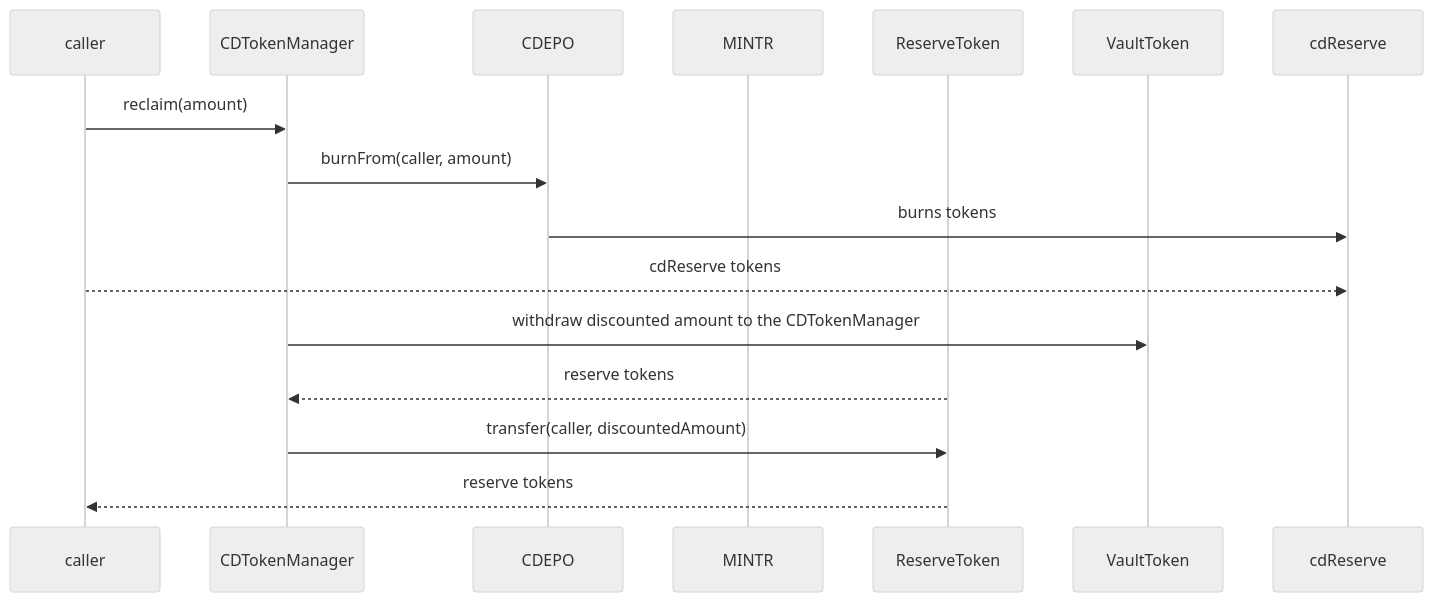
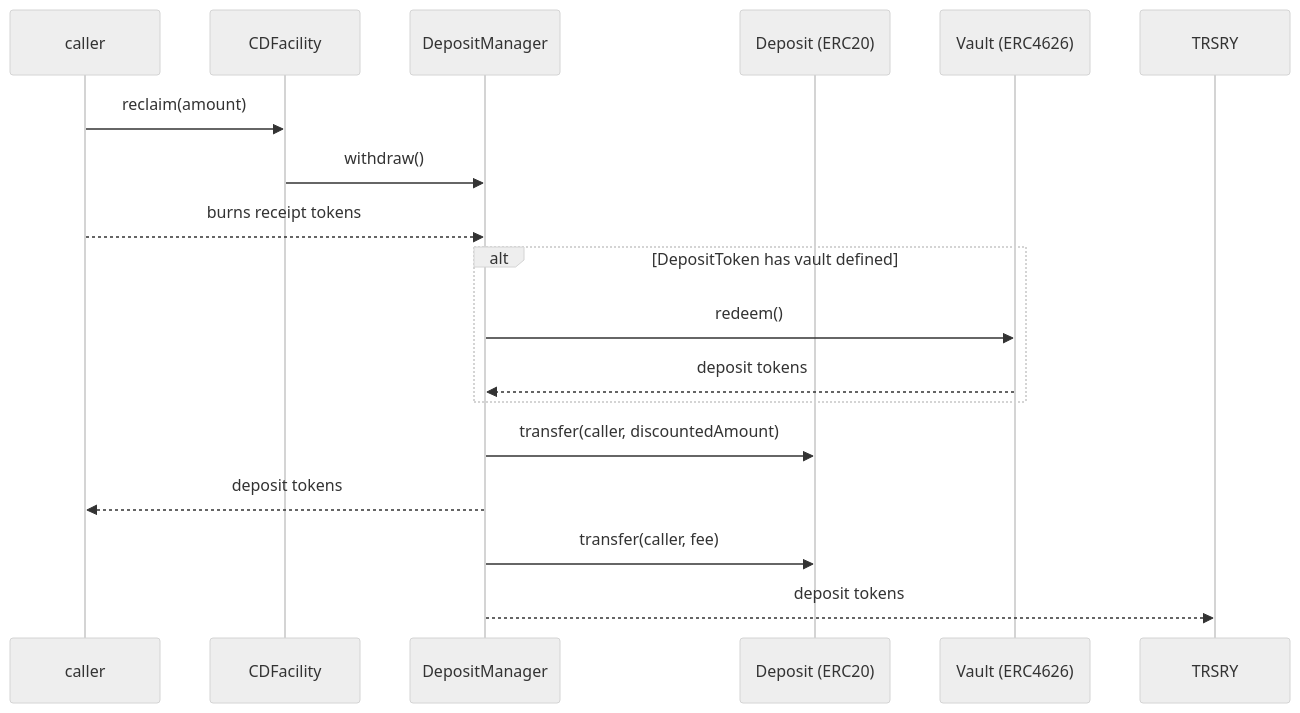
Before and after one commit to OlympusDAO/olympus-v3: the fifth of 7 diagrams in audit/2025-01_convertible-deposits/README.md, drawn with Mermaid (neutral theme). The commit also changed other lines of this file, not shown here.

````diff
--- a/audit/2025-01_convertible-deposits/README.md
+++ b/audit/2025-01_convertible-deposits/README.md
@@ -325,19 +321,20 @@
 ```mermaid
 sequenceDiagram
     participant caller
-    participant CDTokenManager
-    participant CDEPO
-    participant MINTR
-    participant ReserveToken
-    participant VaultToken
-    participant cdReserve
+    participant CDFacility
+    participant DepositManager
+    participant DepositToken as Deposit (ERC20)
+    participant VaultToken as Vault (ERC4626)
 
-    caller->>CDTokenManager: reclaim(amount)
-    CDTokenManager->>CDEPO: burnFrom(caller, amount)
-    CDEPO->>cdReserve: burns tokens
-    caller-->>cdReserve: cdReserve tokens
-    CDTokenManager->>VaultToken: withdraw discounted amount to the CDTokenManager
-    ReserveToken-->>CDTokenManager: reserve tokens
-    CDTokenManager->>ReserveToken: transfer(caller, discountedAmount)
-    ReserveToken-->>caller: reserve tokens
+    caller->>CDFacility: reclaim(amount)
+    CDFacility->>DepositManager: withdraw()
+    caller-->>DepositManager: burns receipt tokens
+    alt DepositToken has vault defined
+    DepositManager->>VaultToken: redeem()
+    VaultToken-->>DepositManager: deposit tokens
+    end
+    DepositManager->>DepositToken: transfer(caller, discountedAmount)
+    DepositManager-->>caller: deposit tokens
+    DepositManager->>DepositToken: transfer(caller, fee)
+    DepositManager-->>TRSRY: deposit tokens
 ```
````
